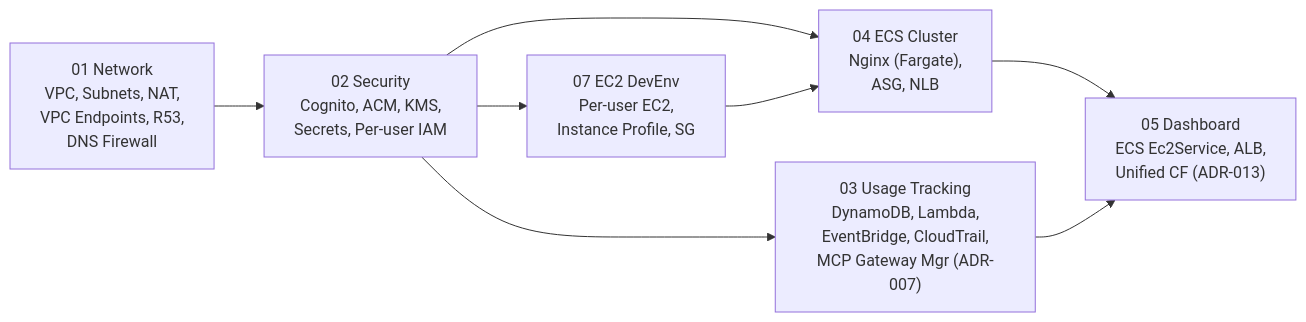
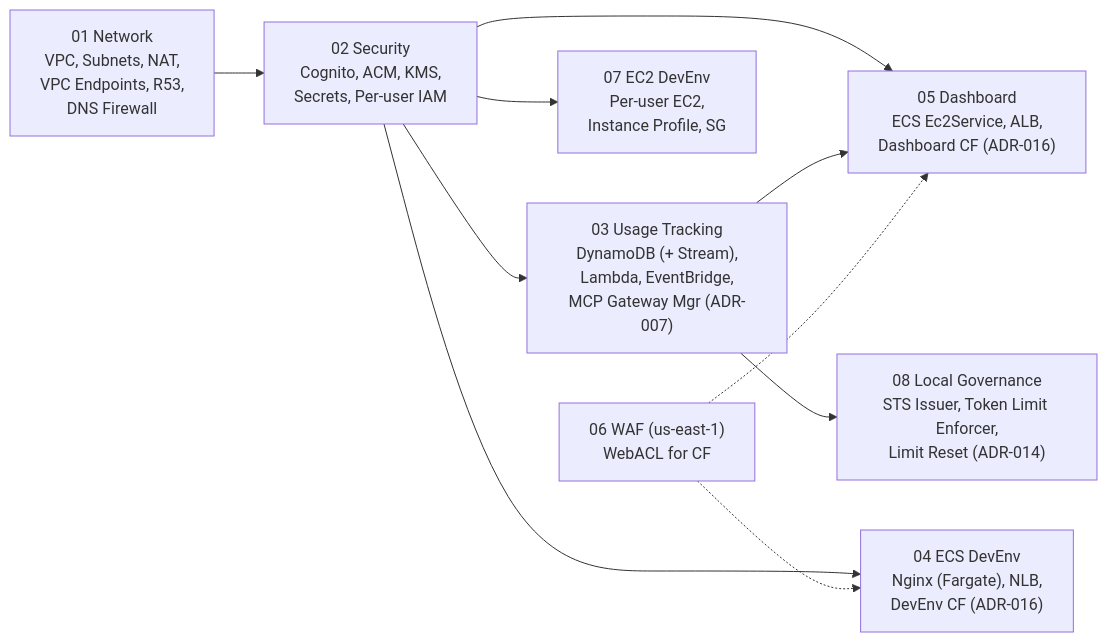
The second of 11 diagrams in docs/architecture.md (Atom-oh/cc-on-bedrock), drawn with Mermaid before and after one commit. The commit also changed other lines of this file and 39 other files, not shown here.

First line of the commit message:
feat: ADR-014/015/016 — Local Governance Mode + CloudFront split + CLI installer

````diff
--- a/docs/architecture.md
+++ b/docs/architecture.md
@@ -162,10 +168,12 @@
 ```mermaid
 graph LR
     S1["01 Network<br/>VPC, Subnets, NAT,<br/>VPC Endpoints, R53,<br/>DNS Firewall"] --> S2["02 Security<br/>Cognito, ACM, KMS,<br/>Secrets, Per-user IAM"]
-    S2 --> S3["03 Usage Tracking<br/>DynamoDB, Lambda,<br/>EventBridge, CloudTrail,<br/>MCP Gateway Mgr (ADR-007)"]
-    S2 --> S4["04 ECS Cluster<br/>Nginx (Fargate),<br/>ASG, NLB"]
+    S2 --> S3["03 Usage Tracking<br/>DynamoDB (+ Stream),<br/>Lambda, EventBridge,<br/>MCP Gateway Mgr (ADR-007)"]
+    S2 --> S4["04 ECS DevEnv<br/>Nginx (Fargate), NLB,<br/>DevEnv CF (ADR-016)"]
     S2 --> S7["07 EC2 DevEnv<br/>Per-user EC2,<br/>Instance Profile, SG"]
-    S4 --> S5["05 Dashboard<br/>ECS Ec2Service, ALB,<br/>Unified CF (ADR-013)"]
+    S2 --> S5["05 Dashboard<br/>ECS Ec2Service, ALB,<br/>Dashboard CF (ADR-016)"]
     S3 --> S5
-    S7 --> S4
+    S3 --> S8["08 Local Governance<br/>STS Issuer, Token Limit Enforcer,<br/>Limit Reset (ADR-014)"]
+    S6["06 WAF (us-east-1)<br/>WebACL for CF"] -.-> S4
+    S6 -.-> S5
 ```
````
